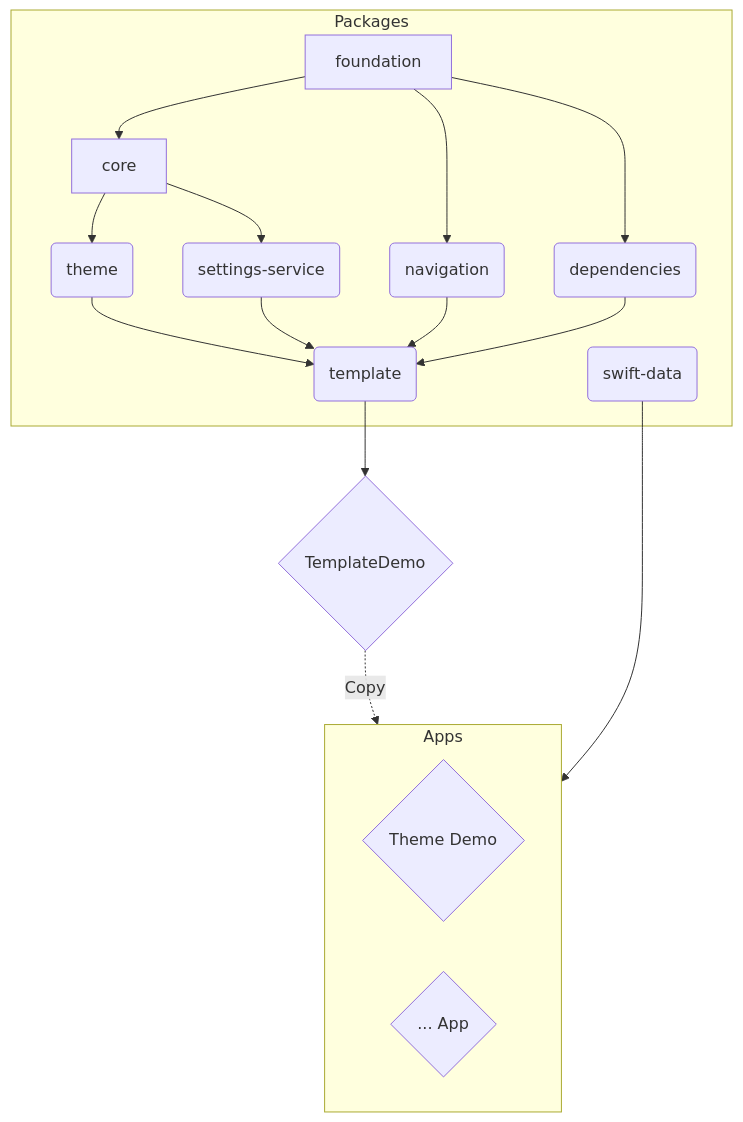
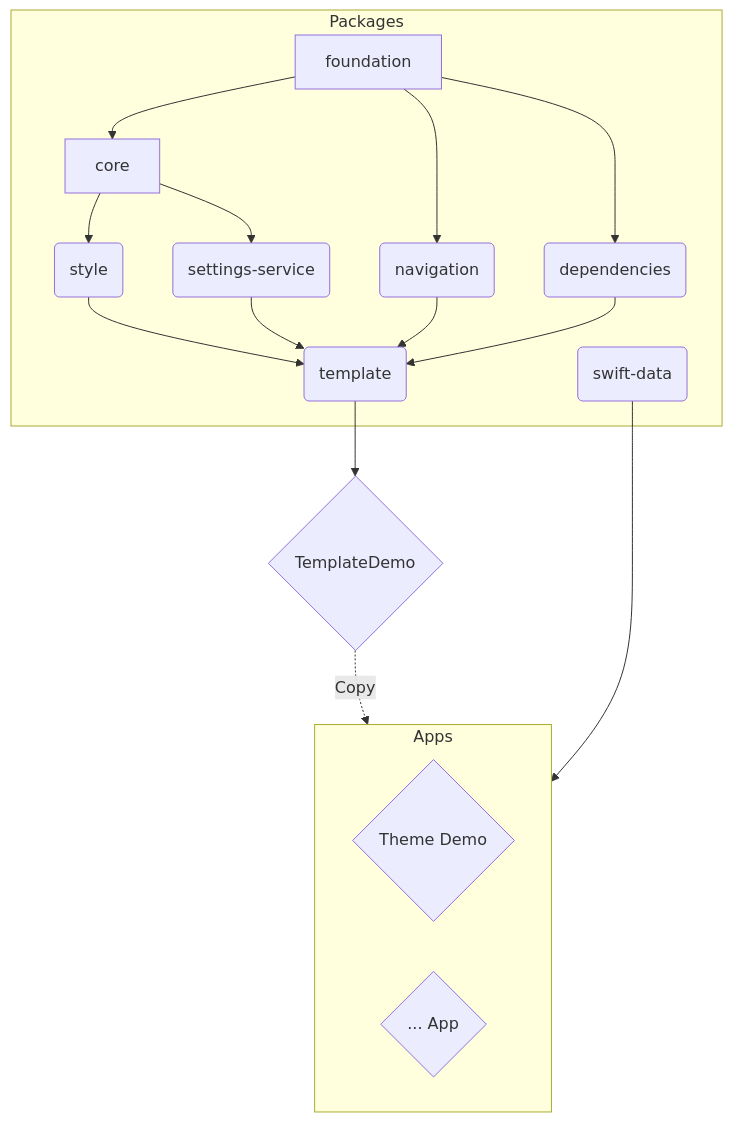
One commit to simonnickel/snap changed the diagram in README.md. Above: the diagram before and after it, drawn with Mermaid. The commit also changed other lines of this file and 1 other file, not shown here.

Commit message:
Replace theme with style

````diff
--- a/README.md
+++ b/README.md
@@ -26,38 +26,38 @@
 ```mermaid
 flowchart TD
 
     subgraph Packages
     C1[foundation]
     C2[core]
-    M2(theme)
+    M2(style)
     M3(settings-service)
     M4(navigation)
     M5(dependencies)
     M6(swift-data)
     M1(template)
     end
     
     A1{TemplateDemo}
 
     subgraph Apps
     A2{Theme Demo}
     A3{... App}
     end
 
     C1 --> C2
     C1 --> M4
     C1 --> M5
 
     C2 --> M2
     C2 --> M3
 
     M2 --> M1
     M3 --> M1
     M4 --> M1
     M5 --> M1
 
     M1 --> A1
 
     A1 -.->|Copy| Apps
     M6 --> Apps
 ```
````
